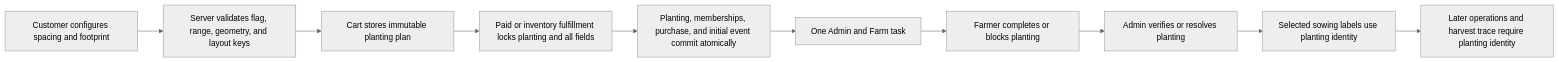
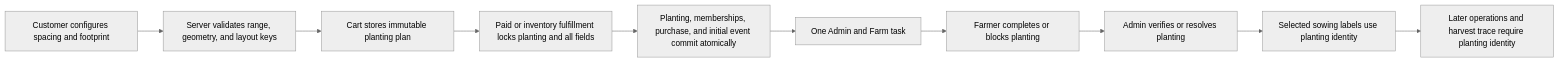
The diagram in docs/advanced-sowing.md (gredice/gredice), drawn with Mermaid (neutral theme) before and after one commit. The commit also changed other lines of this file and 19 other files, not shown here.

````diff
--- a/docs/advanced-sowing.md
+++ b/docs/advanced-sowing.md
@@ -189,12 +185,12 @@
 ```mermaid
 flowchart LR
-    A["Customer configures spacing and footprint"] --> B["Server validates flag, range, geometry, and layout keys"]
+    A["Customer configures spacing and footprint"] --> B["Server validates range, geometry, and layout keys"]
     B --> C["Cart stores immutable planting plan"]
     C --> D["Paid or inventory fulfillment locks planting and all fields"]
     D --> E["Planting, memberships, purchase, and initial event commit atomically"]
     E --> F["One Admin and Farm task"]
     F --> G["Farmer completes or blocks planting"]
     G --> H["Admin verifies or resolves planting"]
     H --> I["Selected sowing labels use planting identity"]
     I --> J["Later operations and harvest trace require planting identity"]
 ```
````
